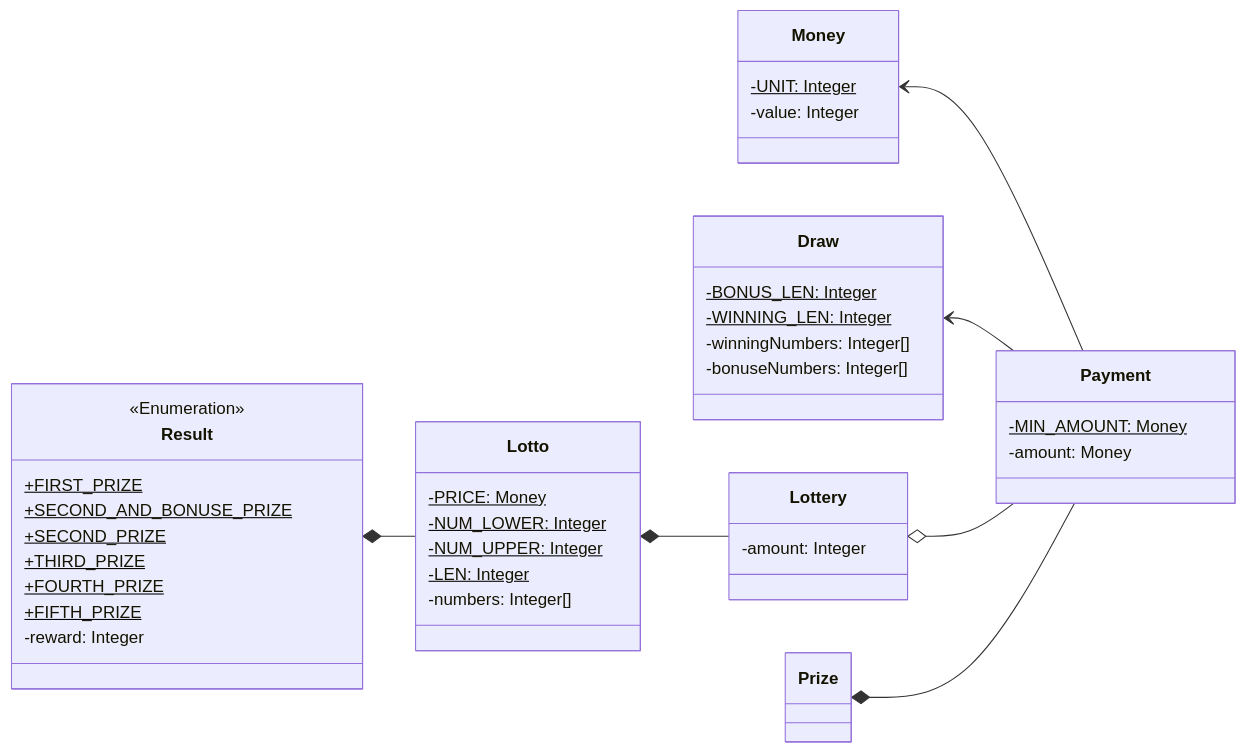
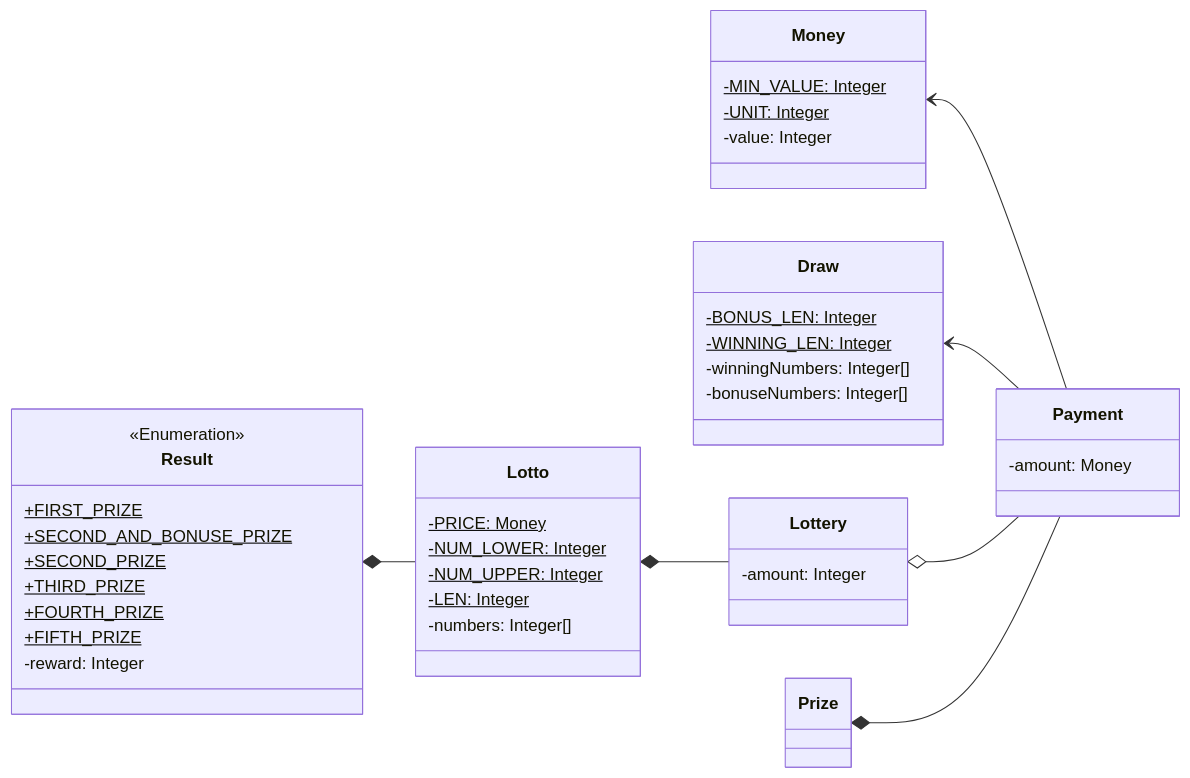
The second of 6 diagrams in docs/README.md (gdsc-konkuk/23-24_study_2nd_java-lotto-6), drawn with Mermaid before and after one commit. The commit also changed other lines of this file and 11 other files, not shown here.

````diff
--- a/docs/README.md
+++ b/docs/README.md
@@ -57,50 +57,50 @@
 ```mermaid
 classDiagram
     direction RL
     Payment --> Money
     Payment --> Draw
     Payment --o Lottery
     Lottery --* Lotto
     Lotto --* Result
     Payment --* Prize
 
     class Money {
+        -MIN_VALUE: Integer$
         -UNIT: Integer$
         -value: Integer
     }
 
     class Payment {
-        -MIN_AMOUNT: Money$
         -amount: Money
     }
 
     class Lottery {
         -amount: Integer
     }
 
     class Lotto {
         -PRICE: Money$
         -NUM_LOWER: Integer$
         -NUM_UPPER: Integer$
         -LEN: Integer$
         -numbers: Integer[]
     }
 
     class Draw {
         -BONUS_LEN: Integer$
         -WINNING_LEN: Integer$
         -winningNumbers: Integer[]
         -bonuseNumbers: Integer[]
     }
 
     class Result {
         <<Enumeration>>
         +FIRST_PRIZE$
         +SECOND_AND_BONUSE_PRIZE$
         +SECOND_PRIZE$
         +THIRD_PRIZE$
         +FOURTH_PRIZE$
         +FIFTH_PRIZE$
         -reward: Integer
     }
 ```
````
